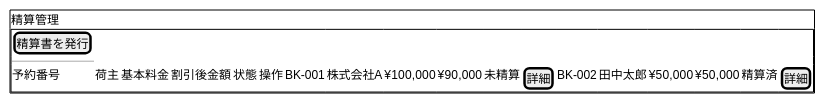
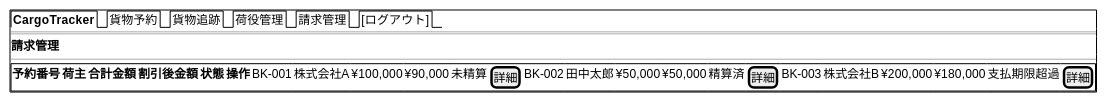
One commit to k2works/case-study-cargo-tracker changed the fifth of 7 diagrams in docs/development/iteration_plan-6.md. Above: the diagram before and after it, drawn with PlantUML. The commit also changed other lines of this file, not shown here.

````diff
--- a/docs/development/iteration_plan-6.md
+++ b/docs/development/iteration_plan-6.md
@@ -282,14 +316,16 @@
 ```plantuml
 @startsalt
 {+
-  精算管理
+  {/ <b>CargoTracker</b> | 貨物予約 | 貨物追跡 | 荷役管理 | 請求管理 | [ログアウト] }
+  ==
+  **請求管理**
+  ----
   {+
-    [精算書を発行]
-    ---------------------
-    | 予約番号 | 荷主 | 基本料金 | 割引後金額 | 状態 | 操作 |
+    | **予約番号** | **荷主** | **合計金額** | **割引後金額** | **状態** | **操作** |
     | BK-001 | 株式会社A | ¥100,000 | ¥90,000 | 未精算 | [詳細] |
     | BK-002 | 田中太郎 | ¥50,000 | ¥50,000 | 精算済 | [詳細] |
+    | BK-003 | 株式会社B | ¥200,000 | ¥180,000 | 支払期限超過 | [詳細] |
   }
 }
 @endsalt
 ```
````
